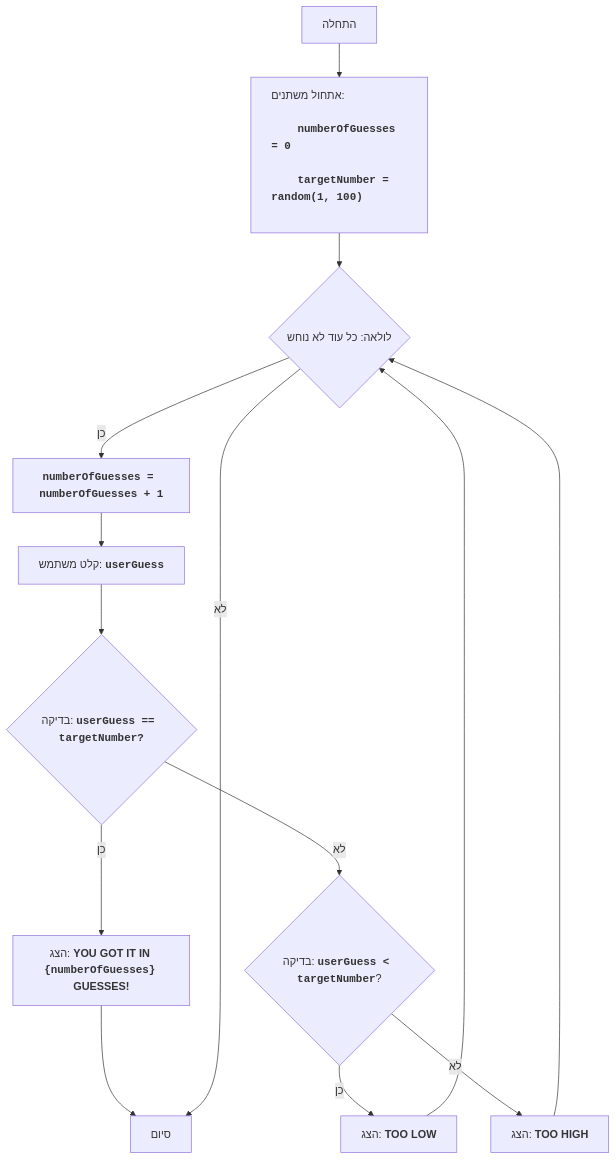
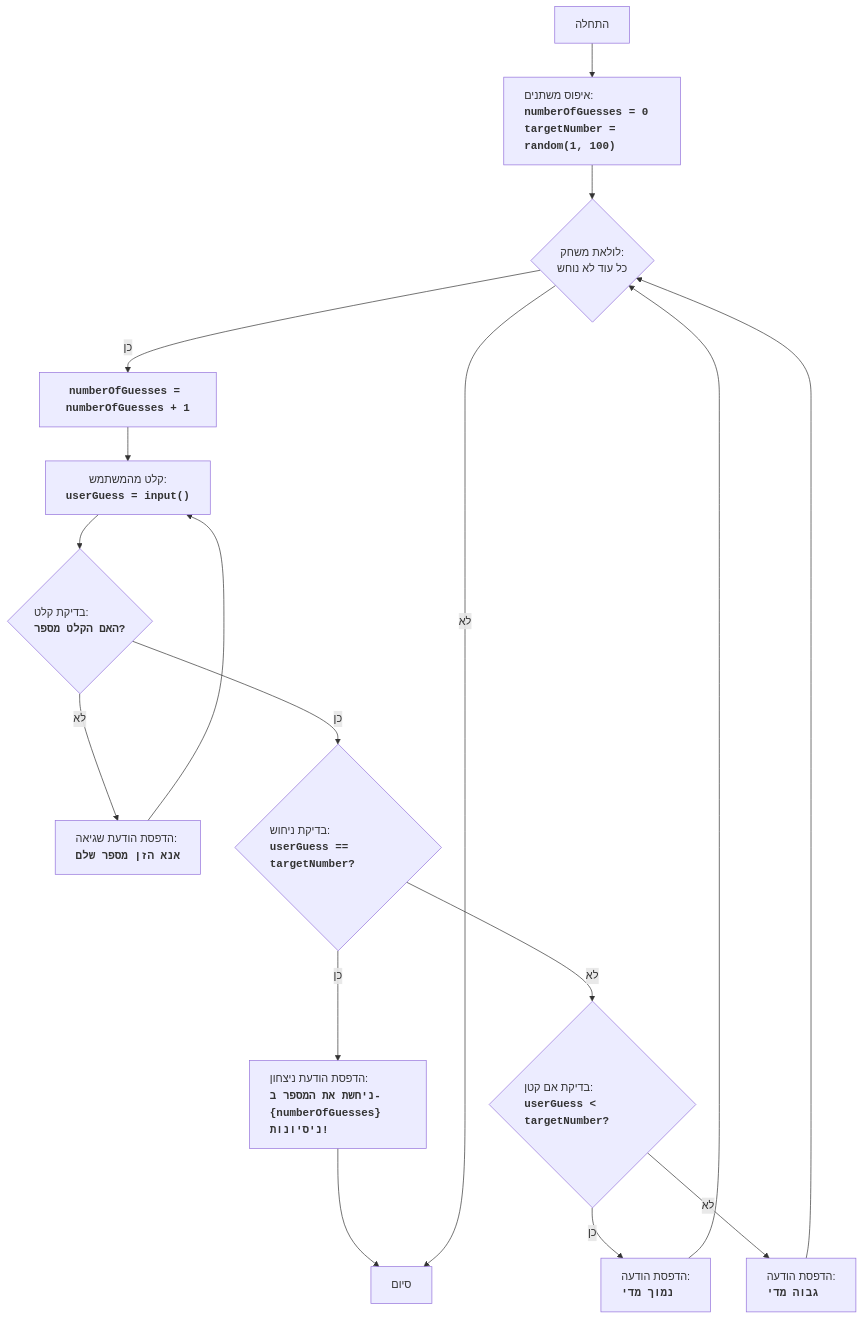
The first of 2 diagrams in docs/gemini/he/explainer/src/endpoints/ai_games/101_basic_computer_games/ru/GAMES/HI LO/hi_lo.py.md (hypo69/hypo), drawn with Mermaid before and after one commit. The commit also changed other lines of this file and 885 other files, not shown here.

````diff
--- a/docs/gemini/he/explainer/src/endpoints/ai_games/101_basic_computer_games/ru/GAMES/HI LO/hi_lo.py.md
+++ b/docs/gemini/he/explainer/src/endpoints/ai_games/101_basic_computer_games/ru/GAMES/HI LO/hi_lo.py.md
@@ -28,20 +58,19 @@
 ```mermaid
 flowchart TD
-    Start["התחלה"] --> InitializeVariables["<p align='left'>אתחול משתנים:
-    <code><b>
-    numberOfGuesses = 0<br>
-    targetNumber = random(1, 100)
-    </b></code></p>"]
-    InitializeVariables --> LoopStart{"לולאה: כל עוד לא נוחש"}
+    Start[התחלה] --> InitializeVariables["<p align='left'>איפוס משתנים:<br><code><b>numberOfGuesses = 0</b></code><br><code><b>targetNumber = random(1, 100)</b></code></p>"]
+    InitializeVariables --> LoopStart{לולאת משחק:<br>כל עוד לא נוחש}
     LoopStart -- כן --> IncreaseGuesses["<code><b>numberOfGuesses = numberOfGuesses + 1</b></code>"]
-    IncreaseGuesses --> InputGuess["קלט משתמש: <code><b>userGuess</b></code>"]
-    InputGuess --> CheckGuess{"בדיקה: <code><b>userGuess == targetNumber?</b></code>"}
-    CheckGuess -- כן --> OutputWin["הצג: <b>YOU GOT IT IN <code>{numberOfGuesses}</code> GUESSES!</b>"]
-    OutputWin --> End["סיום"]
-    CheckGuess -- לא --> CheckLow{"בדיקה: <code><b>userGuess < targetNumber</b></code>?"}
-    CheckLow -- כן --> OutputLow["הצג: <b>TOO LOW</b>"]
+    IncreaseGuesses --> InputGuess["קלט מהמשתמש:<br><code><b>userGuess = input()</b></code>"]
+    InputGuess --> ValidateInput{"<p align='left'>בדיקת קלט:<br><code><b>האם הקלט מספר?</b></code></p>"}
+    ValidateInput -- לא --> InputError["<p align='left'>הדפסת הודעת שגיאה:<br><code><b>אנא הזן מספר שלם</b></code></p>"]
+    InputError --> InputGuess
+    ValidateInput -- כן --> CheckGuess{"<p align='left'>בדיקת ניחוש:<br><code><b>userGuess == targetNumber?</b></code></p>"}
+    CheckGuess -- כן --> OutputWin["<p align='left'>הדפסת הודעת ניצחון:<br><code><b>ניחשת את המספר ב- {numberOfGuesses} ניסיונות!</b></code></p>"]
+    OutputWin --> End[סיום]
+    CheckGuess -- לא --> CheckLow{"<p align='left'>בדיקת אם קטן:<br><code><b>userGuess < targetNumber?</b></code></p>"}
+    CheckLow -- כן --> OutputLow["<p align='left'>הדפסת הודעה:<br><code><b>נמוך מדי</b></code></p>"]
     OutputLow --> LoopStart
-    CheckLow -- לא --> OutputHigh["הצג: <b>TOO HIGH</b>"]
+    CheckLow -- לא --> OutputHigh["<p align='left'>הדפסת הודעה:<br><code><b>גבוה מדי</b></code></p>"]
     OutputHigh --> LoopStart
     LoopStart -- לא --> End
 ```
````
